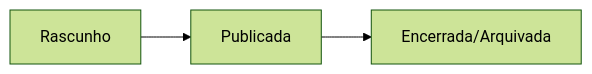
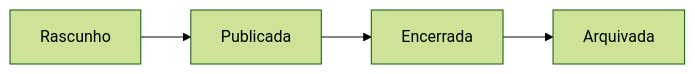
Before and after one commit to daniellobo-ops/requisitos-20262-grupo07: the first of 2 diagrams in 04-SRS/01-SRS-IEEE830.md, drawn with Mermaid (forest theme). The commit also changed other lines of this file, not shown here.

````diff
--- a/04-SRS/01-SRS-IEEE830.md
+++ b/04-SRS/01-SRS-IEEE830.md
@@ -221,5 +221,6 @@
 ```mermaid
 flowchart LR
   R[Rascunho] --> P[Publicada]
-  P --> E["Encerrada/Arquivada"]
+  P --> E[Encerrada]
+  E --> A[Arquivada]
 ```
````
